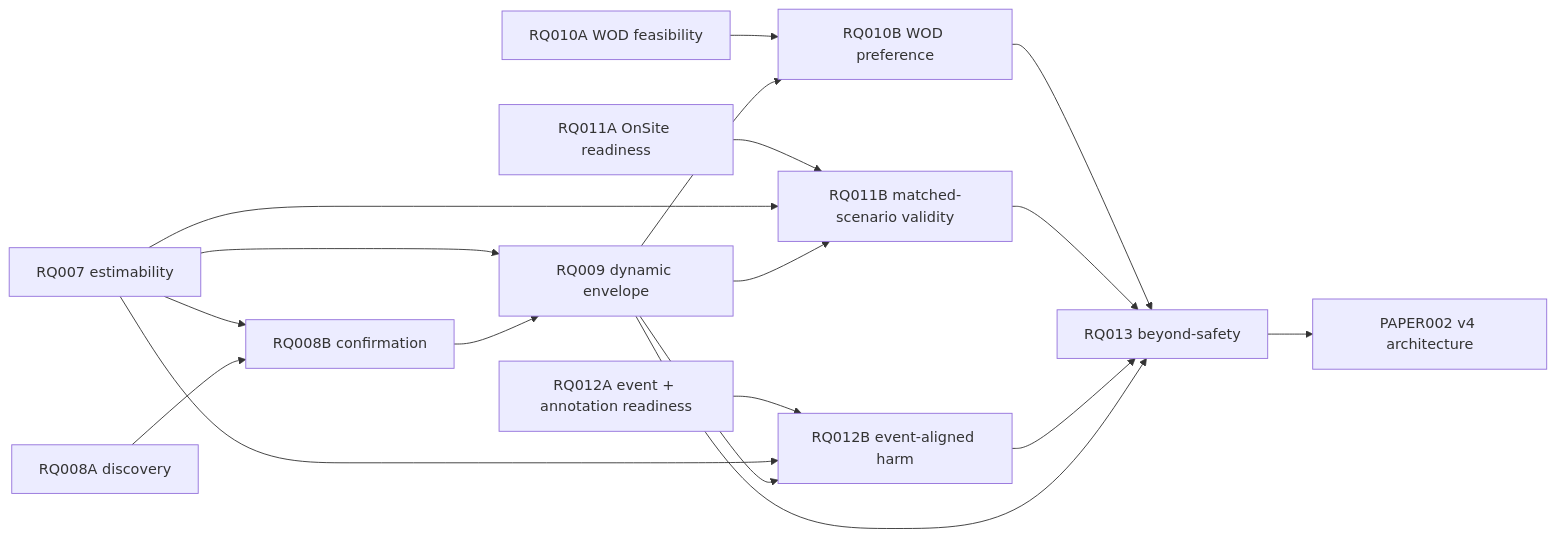
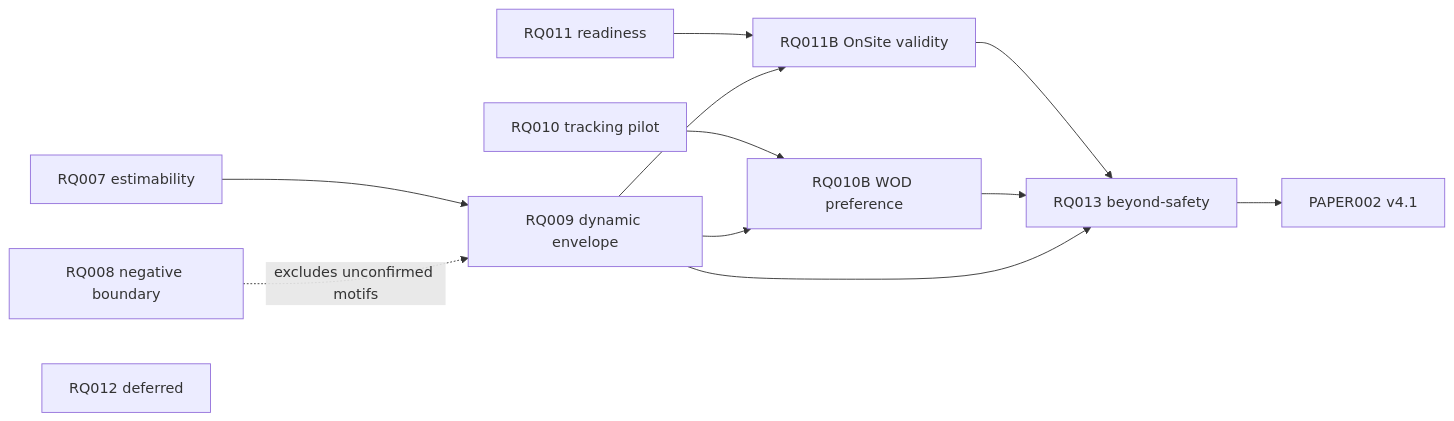
Before and after one commit to zxc-tju/ipv_estimation: the diagram in reports/knowledge/RQ_PROGRESS_DASHBOARD.md, drawn with Mermaid. The commit also changed other lines of this file, not shown here.

Commit message:
Record PI decisions, RQ009 launch, and verified paper v4.1 baseline

````diff
--- a/reports/knowledge/RQ_PROGRESS_DASHBOARD.md
+++ b/reports/knowledge/RQ_PROGRESS_DASHBOARD.md
@@ -124,33 +132,24 @@
 ```mermaid
 flowchart LR
-  P2[PAPER002 v4 architecture]
+  P2[PAPER002 v4.1]
   R7[RQ007 estimability]
-  R8A[RQ008A discovery]
-  R8B[RQ008B confirmation]
+  R8[RQ008 negative boundary]
   R9[RQ009 dynamic envelope]
-  R10A[RQ010A WOD feasibility]
+  R10P[RQ010 tracking pilot]
   R10B[RQ010B WOD preference]
-  R11A[RQ011A OnSite readiness]
-  R11B[RQ011B matched-scenario validity]
-  R12A[RQ012A event + annotation readiness]
-  R12B[RQ012B event-aligned harm]
+  R11A[RQ011 readiness]
+  R11B[RQ011B OnSite validity]
+  R12[RQ012 deferred]
   R13[RQ013 beyond-safety]
 
-  R7 --> R8B
-  R8A --> R8B
   R7 --> R9
-  R8B --> R9
-  R10A --> R10B
+  R8 -. excludes unconfirmed motifs .-> R9
+  R11A --> R11B
+  R9 --> R11B
+  R10P --> R10B
   R9 --> R10B
-  R11A --> R11B
-  R7 --> R11B
-  R9 --> R11B
-  R12A --> R12B
-  R7 --> R12B
-  R9 --> R12B
+  R11B --> R13
   R10B --> R13
-  R11B --> R13
-  R12B --> R13
   R9 --> R13
   R13 --> P2
 ```
````
